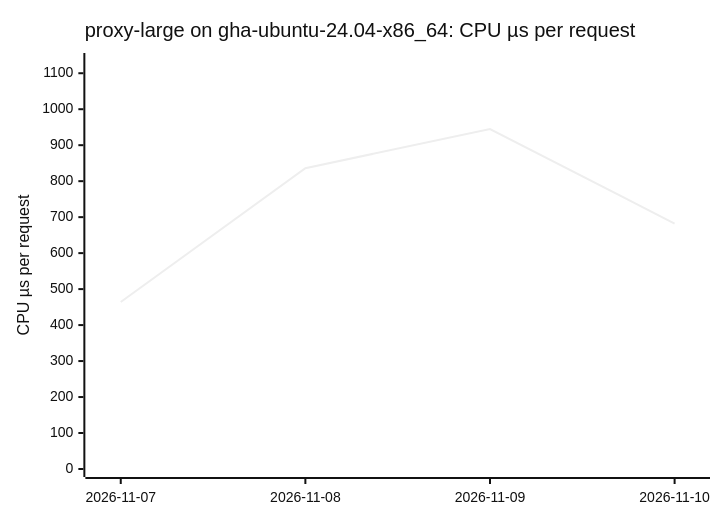
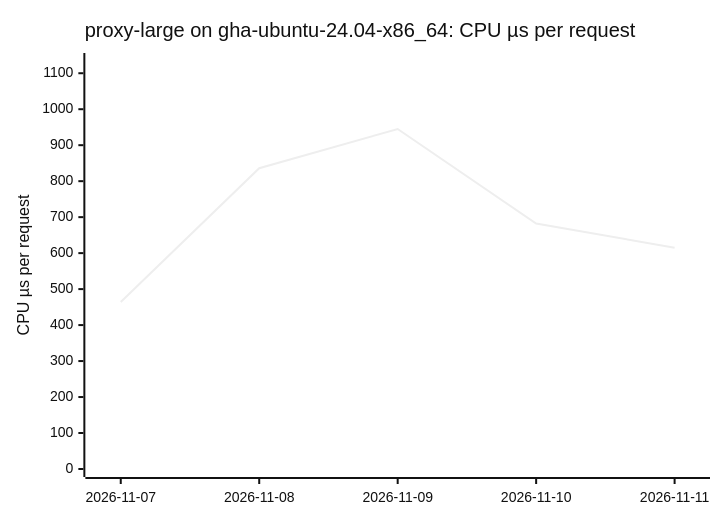
The sixth of 18 diagrams in BENCHMARKS.md (ThePixelPilgrim/durchlauferhitzer), drawn with Mermaid (neutral theme) before and after one commit. The commit also changed other lines of this file and 1 other file, not shown here.

````diff
--- a/BENCHMARKS.md
+++ b/BENCHMARKS.md
@@ -76,7 +76,7 @@
 ```mermaid
 xychart-beta
   title "proxy-large on gha-ubuntu-24.04-x86_64: CPU µs per request"
-  x-axis ["2026-11-07", "2026-11-08", "2026-11-09", "2026-11-10"]
+  x-axis ["2026-11-07", "2026-11-08", "2026-11-09", "2026-11-10", "2026-11-11"]
   y-axis "CPU µs per request" 0 --> 1134
-  line [464.25, 836.13, 944.91, 682.24]
+  line [464.25, 836.13, 944.91, 682.24, 615.25]
 ```
````
